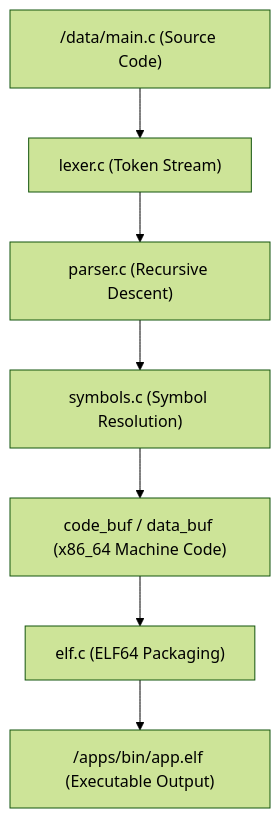
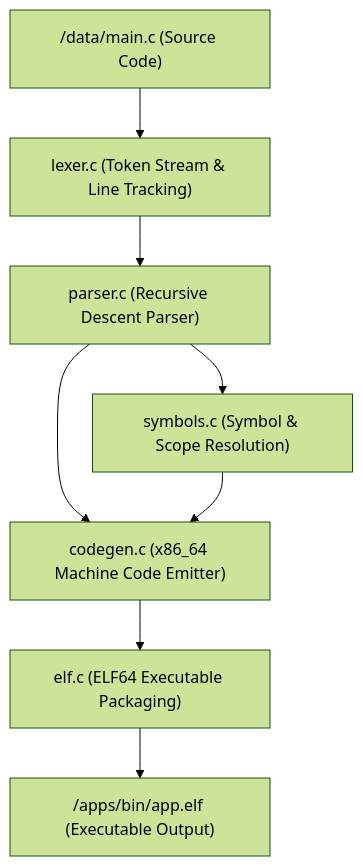
The diagram in docs/userland/kcc_compiler.md (mrvlous/keira), drawn with Mermaid (forest theme) before and after one commit. The commit also changed other lines of this file and 27 other files, not shown here.

````diff
--- a/docs/userland/kcc_compiler.md
+++ b/docs/userland/kcc_compiler.md
@@ -27,9 +29,10 @@
 ```mermaid
 graph TD
-    A["/data/main.c (Source Code)"] --> B["lexer.c (Token Stream)"]
-    B --> C["parser.c (Recursive Descent)"]
-    C --> D["symbols.c (Symbol Resolution)"]
-    D --> E["code_buf / data_buf (x86_64 Machine Code)"]
-    E --> F["elf.c (ELF64 Packaging)"]
+    A["/data/main.c (Source Code)"] --> B["lexer.c (Token Stream & Line Tracking)"]
+    B --> C["parser.c (Recursive Descent Parser)"]
+    C --> D["symbols.c (Symbol & Scope Resolution)"]
+    C --> E["codegen.c (x86_64 Machine Code Emitter)"]
+    D --> E
+    E --> F["elf.c (ELF64 Executable Packaging)"]
     F --> G["/apps/bin/app.elf (Executable Output)"]
 ```
````
